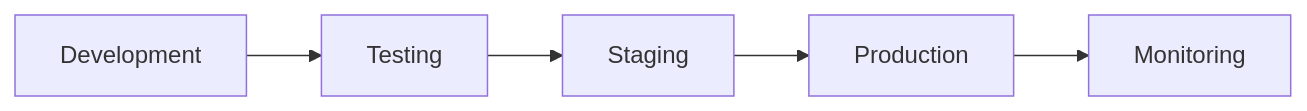
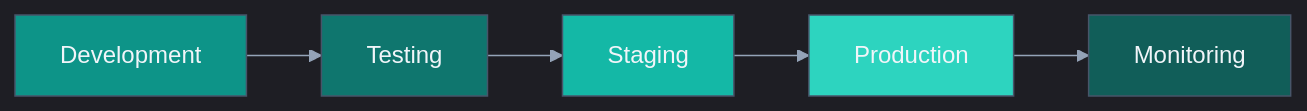
The second of 2 diagrams in src/content/wiki/operating-model/optimization/optimise-flow.md (carlsendk/tech-leadership), drawn with Mermaid before and after one commit. The commit also changed other lines of this file and 16 other files, not shown here.

````diff
--- a/src/content/wiki/operating-model/optimization/optimise-flow.md
+++ b/src/content/wiki/operating-model/optimization/optimise-flow.md
@@ -96,7 +69,26 @@
 ```mermaid
+%%{
+  init: {
+    'theme': 'dark',
+    'themeVariables': {
+      'primaryColor': '#0d9488',
+      'primaryTextColor': '#f1f5f9',
+      'primaryBorderColor': '#475569',
+      'lineColor': '#94a3b8',
+      'secondaryColor': '#2dd4bf',
+      'tertiaryColor': '#14b8a6'
+    }
+  }
+}%%
 graph LR
     A[Development] --> B[Testing]
     B --> C[Staging]
     C --> D[Production]
     D --> E[Monitoring]
+
+    style A fill:#0d9488,stroke:#475569,color:#f1f5f9
+    style B fill:#0f766e,stroke:#475569,color:#f1f5f9
+    style C fill:#14b8a6,stroke:#475569,color:#f1f5f9
+    style D fill:#2dd4bf,stroke:#475569,color:#f1f5f9
+    style E fill:#115e59,stroke:#475569,color:#f1f5f9
 ```
````
